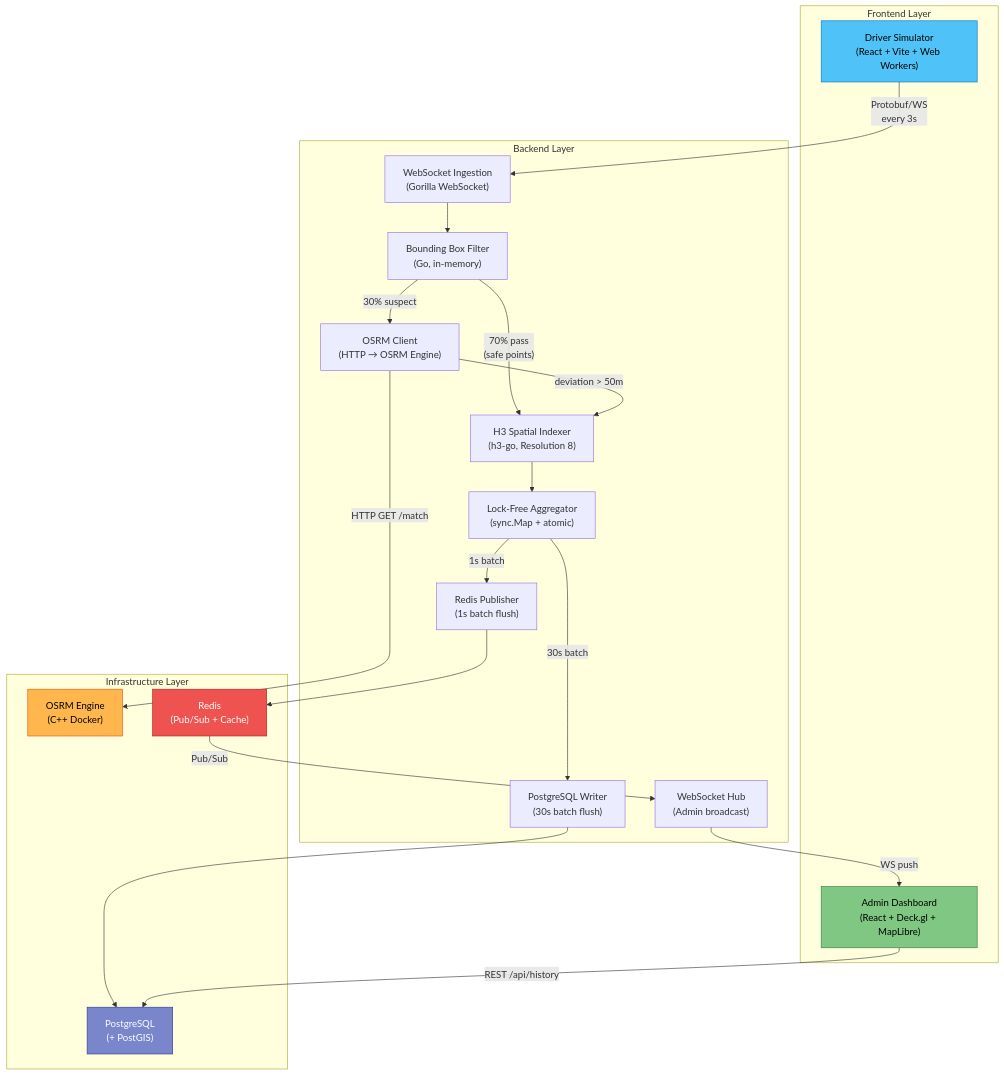
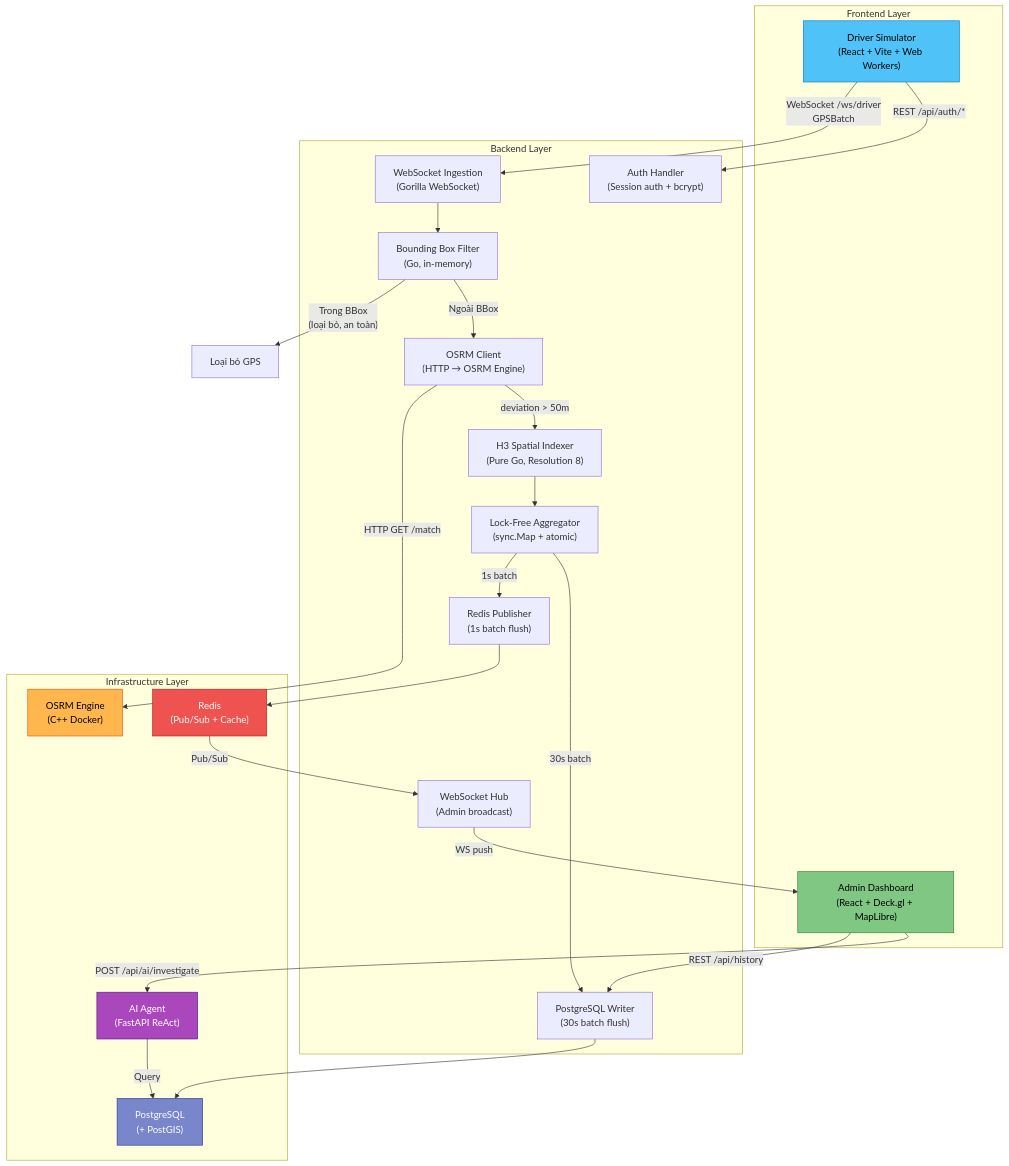
The first of 2 diagrams in docs/ARCHITECTURE.md (Doan01062002/heat_map_pro), drawn with Mermaid before and after one commit. The commit also changed other lines of this file and 7 other files, not shown here.

````diff
--- a/docs/ARCHITECTURE.md
+++ b/docs/ARCHITECTURE.md
@@ -5,45 +5,51 @@
 ```mermaid
 graph TB
     subgraph "Frontend Layer"
         SIM["Driver Simulator<br/>(React + Vite + Web Workers)"]
         ADM["Admin Dashboard<br/>(React + Deck.gl + MapLibre)"]
     end
 
     subgraph "Backend Layer"
         WS_IN["WebSocket Ingestion<br/>(Gorilla WebSocket)"]
         BBOX["Bounding Box Filter<br/>(Go, in-memory)"]
         OSRM_C["OSRM Client<br/>(HTTP → OSRM Engine)"]
-        H3["H3 Spatial Indexer<br/>(h3-go, Resolution 8)"]
+        H3["H3 Spatial Indexer<br/>(Pure Go, Resolution 8)"]
         AGG["Lock-Free Aggregator<br/>(sync.Map + atomic)"]
         PUB["Redis Publisher<br/>(1s batch flush)"]
         PERSIST["PostgreSQL Writer<br/>(30s batch flush)"]
         WS_OUT["WebSocket Hub<br/>(Admin broadcast)"]
+        AUTH["Auth Handler<br/>(Session auth + bcrypt)"]
     end
 
     subgraph "Infrastructure Layer"
         OSRM["OSRM Engine<br/>(C++ Docker)"]
         REDIS["Redis<br/>(Pub/Sub + Cache)"]
         PG["PostgreSQL<br/>(+ PostGIS)"]
+        AI["AI Agent<br/>(FastAPI ReAct)"]
     end
 
-    SIM -->|"Protobuf/WS<br/>every 3s"| WS_IN
+    SIM -->|"WebSocket /ws/driver<br/>GPSBatch"| WS_IN
+    SIM -->|"REST /api/auth/*"| AUTH
     WS_IN --> BBOX
-    BBOX -->|"70% pass<br/>(safe points)"| H3
-    BBOX -->|"30% suspect"| OSRM_C
+    BBOX -->|"Trong BBox<br/>(loại bỏ, an toàn)"| DISCARD["Loại bỏ GPS"]
+    BBOX -->|"Ngoài BBox"| OSRM_C
     OSRM_C -->|"HTTP GET /match"| OSRM
     OSRM_C -->|"deviation > 50m"| H3
     H3 --> AGG
     AGG -->|"1s batch"| PUB
     AGG -->|"30s batch"| PERSIST
     PUB --> REDIS
     REDIS -->|"Pub/Sub"| WS_OUT
     WS_OUT -->|"WS push"| ADM
     PERSIST --> PG
-    ADM -->|"REST /api/history"| PG
+    ADM -->|"REST /api/history"| PERSIST
+    ADM -->|"POST /api/ai/investigate"| AI
+    AI -->|"Query"| PG
 
     style SIM fill:#4fc3f7,stroke:#0277bd,color:#000
     style ADM fill:#81c784,stroke:#2e7d32,color:#000
     style OSRM fill:#ffb74d,stroke:#e65100,color:#000
     style REDIS fill:#ef5350,stroke:#b71c1c,color:#fff
     style PG fill:#7986cb,stroke:#283593,color:#fff
+    style AI fill:#ab47bc,stroke:#4a148c,color:#fff
 ```
````
